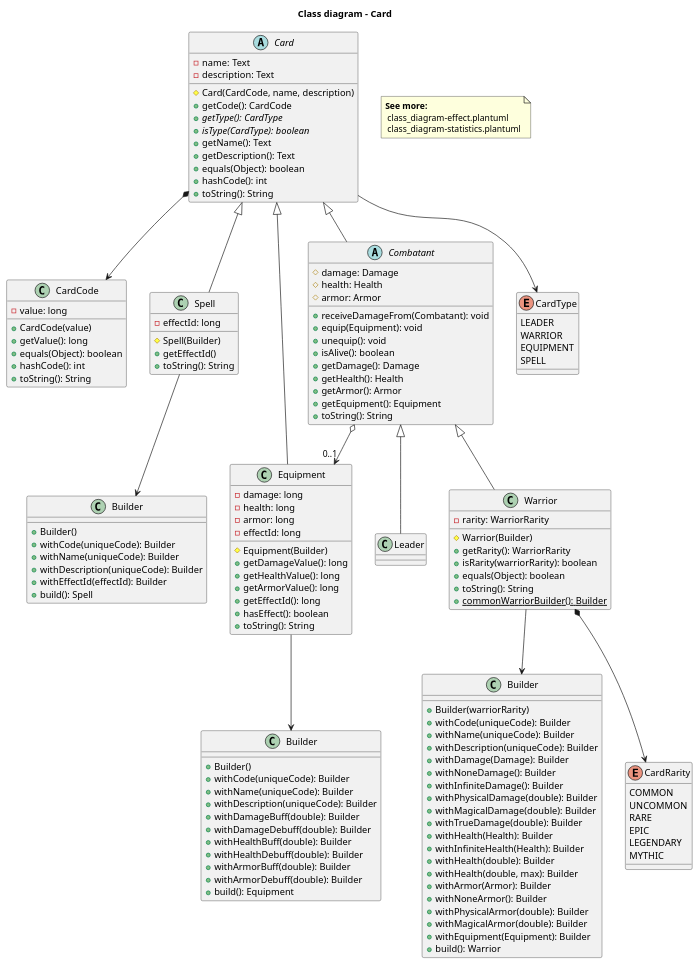
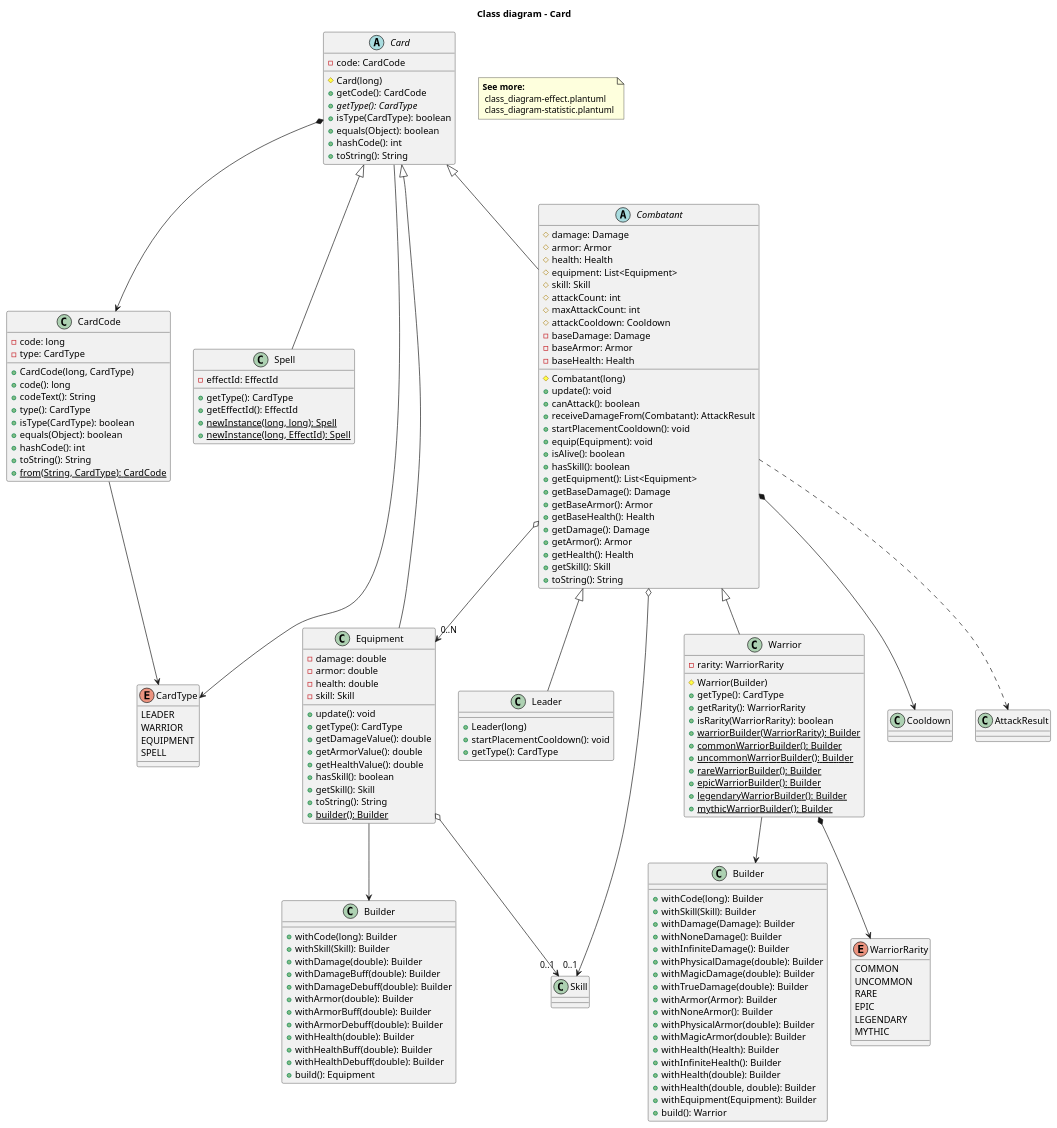
One commit to DainWs/Crazy-Random-Multiverse changed the diagram in docs/development/diagrams/class_diagram-card.plantuml. Above: the diagram before and after it, drawn with PlantUML. The commit also changed 16 other files, not shown here.

Commit message:
align the guides, diagrams and readme with the code

```diff
--- a/docs/development/diagrams/class_diagram-card.plantuml
+++ b/docs/development/diagrams/class_diagram-card.plantuml
@@ -1,156 +1,181 @@
 @startuml
 title "Class diagram - Card"
 
 abstract class Card {
- -name: Text
- -description: Text
- #Card(CardCode, name, description)
+ -code: CardCode
+ #Card(long)
  +getCode(): CardCode
  +{abstract} getType(): CardType
- +{abstract} isType(CardType): boolean
- +getName(): Text
- +getDescription(): Text
+ +isType(CardType): boolean
  +equals(Object): boolean
  +hashCode(): int
  +toString(): String
 }
 
 class CardCode {
- -value: long
- +CardCode(value)
- +getValue(): long
+ -code: long
+ -type: CardType
+ +CardCode(long, CardType)
+ +code(): long
+ +codeText(): String
+ +type(): CardType
+ +isType(CardType): boolean
  +equals(Object): boolean
  +hashCode(): int
  +toString(): String
+ +{static} from(String, CardType): CardCode
 }
 
 class Spell {
- -effectId: long
- #Spell(Builder)
- +getEffectId()
- +toString(): String
-}
-
-class SpellBuilder as "Builder" {
- +Builder()
- +withCode(uniqueCode): Builder
- +withName(uniqueCode): Builder
- +withDescription(uniqueCode): Builder
- +withEffectId(effectId): Builder
- +build(): Spell
+ -effectId: EffectId
+ +getType(): CardType
+ +getEffectId(): EffectId
+ +{static} newInstance(long, long): Spell
+ +{static} newInstance(long, EffectId): Spell
 }
 
 class Equipment {
- -damage: long
- -health: long
- -armor: long
- -effectId: long
- #Equipment(Builder)
- +getDamageValue(): long
- +getHealthValue(): long
- +getArmorValue(): long
- +getEffectId(): long
- +hasEffect(): boolean
+ -damage: double
+ -armor: double
+ -health: double
+ -skill: Skill
+ +update(): void
+ +getType(): CardType
+ +getDamageValue(): double
+ +getArmorValue(): double
+ +getHealthValue(): double
+ +hasSkill(): boolean
+ +getSkill(): Skill
  +toString(): String
+ +{static} builder(): Builder
 }
 
 class EquipmentBuilder as "Builder" {
- +Builder()
- +withCode(uniqueCode): Builder
- +withName(uniqueCode): Builder
- +withDescription(uniqueCode): Builder
+ +withCode(long): Builder
+ +withSkill(Skill): Builder
+ +withDamage(double): Builder
  +withDamageBuff(double): Builder
  +withDamageDebuff(double): Builder
+ +withArmor(double): Builder
+ +withArmorBuff(double): Builder
+ +withArmorDebuff(double): Builder
+ +withHealth(double): Builder
  +withHealthBuff(double): Builder
  +withHealthDebuff(double): Builder
- +withArmorBuff(double): Builder
- +withArmorDebuff(double): Builder
  +build(): Equipment
 }
 
 abstract class Combatant {
  #damage: Damage
+ #armor: Armor
  #health: Health
- #armor: Armor
- +receiveDamageFrom(Combatant): void
+ #equipment: List<Equipment>
+ #skill: Skill
+ #attackCount: int
+ #maxAttackCount: int
+ #attackCooldown: Cooldown
+ -baseDamage: Damage
+ -baseArmor: Armor
+ -baseHealth: Health
+ #Combatant(long)
+ +update(): void
+ +canAttack(): boolean
+ +receiveDamageFrom(Combatant): AttackResult
+ +startPlacementCooldown(): void
  +equip(Equipment): void
- +unequip(): void
  +isAlive(): boolean
+ +hasSkill(): boolean
+ +getEquipment(): List<Equipment>
+ +getBaseDamage(): Damage
+ +getBaseArmor(): Armor
+ +getBaseHealth(): Health
  +getDamage(): Damage
+ +getArmor(): Armor
  +getHealth(): Health
- +getArmor(): Armor
- +getEquipment(): Equipment
+ +getSkill(): Skill
  +toString(): String
 }
 
-class Leader {}
+class Leader {
+ +Leader(long)
+ +startPlacementCooldown(): void
+ +getType(): CardType
+}
+
 class Warrior {
  -rarity: WarriorRarity
  #Warrior(Builder)
+ +getType(): CardType
  +getRarity(): WarriorRarity
- +isRarity(warriorRarity): boolean
- +equals(Object): boolean
- +toString(): String
+ +isRarity(WarriorRarity): boolean
+ +{static} warriorBuilder(WarriorRarity): Builder
  +{static} commonWarriorBuilder(): Builder
+ +{static} uncommonWarriorBuilder(): Builder
+ +{static} rareWarriorBuilder(): Builder
+ +{static} epicWarriorBuilder(): Builder
+ +{static} legendaryWarriorBuilder(): Builder
+ +{static} mythicWarriorBuilder(): Builder
 }
 
 class WarriorBuilder as "Builder" {
- +Builder(warriorRarity)
- +withCode(uniqueCode): Builder
- +withName(uniqueCode): Builder
- +withDescription(uniqueCode): Builder
+ +withCode(long): Builder
+ +withSkill(Skill): Builder
  +withDamage(Damage): Builder
  +withNoneDamage(): Builder
  +withInfiniteDamage(): Builder
  +withPhysicalDamage(double): Builder
- +withMagicalDamage(double): Builder
+ +withMagicDamage(double): Builder
  +withTrueDamage(double): Builder
- +withHealth(Health): Builder
- +withInfiniteHealth(Health): Builder
- +withHealth(double): Builder
- +withHealth(double, max): Builder
  +withArmor(Armor): Builder
  +withNoneArmor(): Builder
  +withPhysicalArmor(double): Builder
- +withMagicalArmor(double): Builder
+ +withMagicArmor(double): Builder
+ +withHealth(Health): Builder
+ +withInfiniteHealth(): Builder
+ +withHealth(double): Builder
+ +withHealth(double, double): Builder
  +withEquipment(Equipment): Builder
  +build(): Warrior
 }
 
 enum CardType {
- LEADER 
+ LEADER
  WARRIOR
- EQUIPMENT 
+ EQUIPMENT
  SPELL
 }
 
-enum CardRarity {
+enum WarriorRarity {
  COMMON
  UNCOMMON
  RARE
  EPIC
  LEGENDARY
  MYTHIC
 }
 
 Card *--> CardCode
 Card --> CardType
+CardCode --> CardType
 Card <|-- Spell
 Card <|-- Equipment
 Card <|-- Combatant
-Combatant o--> "0..1" Equipment
+Combatant o--> "0..N" Equipment
+Combatant o--> "0..1" Skill
+Equipment o--> "0..1" Skill
+Combatant *--> Cooldown
+Combatant ..> AttackResult
 Combatant <|-- Leader
 Combatant <|-- Warrior
 
-Spell --> SpellBuilder
 Equipment --> EquipmentBuilder
 Warrior --> WarriorBuilder
-Warrior *--> CardRarity
+Warrior *--> WarriorRarity
 
 note as SeeMore
  **See more:**
   class_diagram-effect.plantuml
-  class_diagram-statistics.plantuml
+  class_diagram-statistic.plantuml
 end note
 
 @enduml
```
